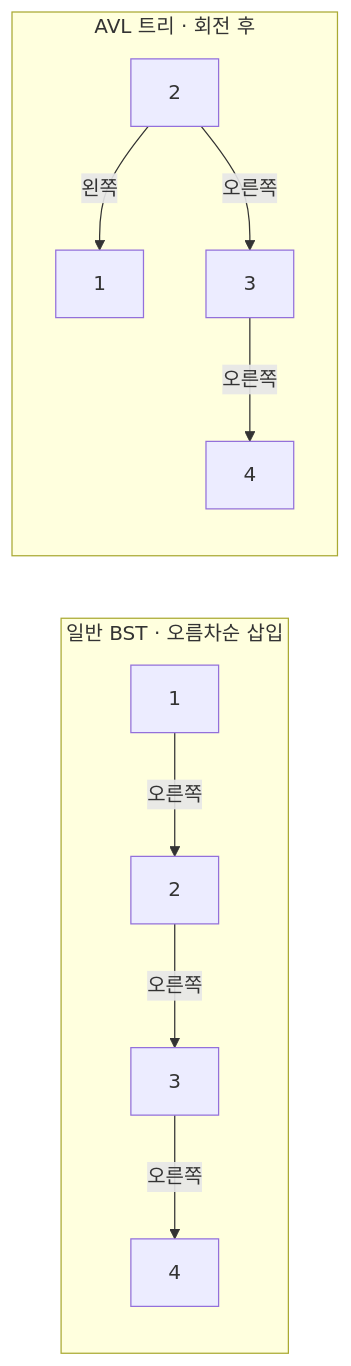
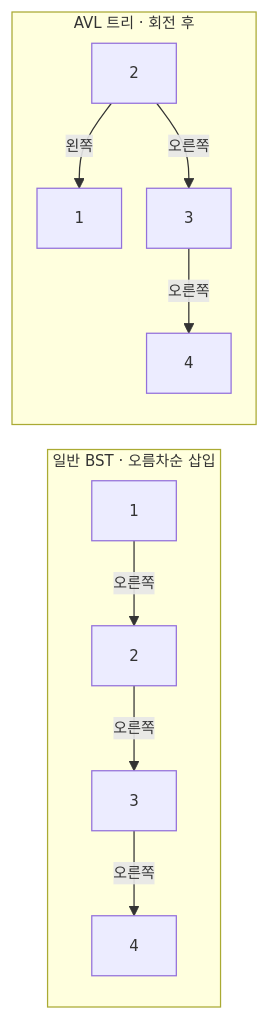
One commit to ramzz527/hw1-2026-SeminAhn changed the third of 5 diagrams in report/report.md. Above: the diagram before and after it, drawn with Mermaid. The commit also changed other lines of this file, not shown here.

Commit message:
minimize mermaid figure

````diff
--- a/report/report.md
+++ b/report/report.md
@@ -218,15 +164,16 @@
 ```mermaid
+%%{init: {"themeVariables": {"fontSize": "12px"}, "flowchart": {"nodeSpacing": 20, "rankSpacing": 25}}}%%
 flowchart LR
     subgraph ordinary["일반 BST · 오름차순 삽입"]
         direction TB
         o1["1"] -->|오른쪽| o2["2"]
         o2 -->|오른쪽| o3["3"]
         o3 -->|오른쪽| o4["4"]
     end
     subgraph balanced["AVL 트리 · 회전 후"]
         direction TB
         a2["2"] -->|왼쪽| a1["1"]
         a2 -->|오른쪽| a3["3"]
         a3 -->|오른쪽| a4["4"]
     end
 ```
````
